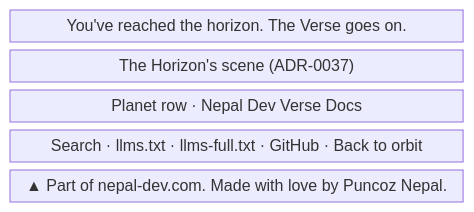
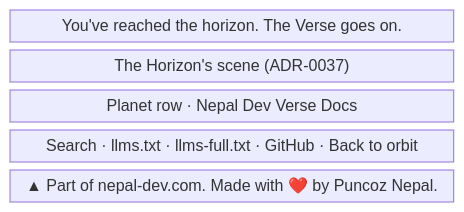
One commit to nepal-dev-com/docs.nepal-dev.com changed the fourth of 5 diagrams in content/docs/maintain/app-flow/community-identity.mdx. Above: the diagram before and after it, drawn with Mermaid. The commit also changed 21 other files, not shown here.

````diff
--- a/content/docs/maintain/app-flow/community-identity.mdx
+++ b/content/docs/maintain/app-flow/community-identity.mdx
@@ -103,9 +103,9 @@
 ```mermaid
 block-beta
   columns 4
   closing["You've reached the horizon. The Verse goes on."]:4
   scene["The Horizon's scene (ADR-0037)"]:4
   planets["Planet row · Nepal Dev Verse Docs"]:4
   links["Search · llms.txt · llms-full.txt · GitHub · Back to orbit"]:4
-  credit["▲ Part of nepal-dev.com. Made with love by Puncoz Nepal."]:4
+  credit["▲ Part of nepal-dev.com. Made with ❤️ by Puncoz Nepal."]:4
 ```
````
